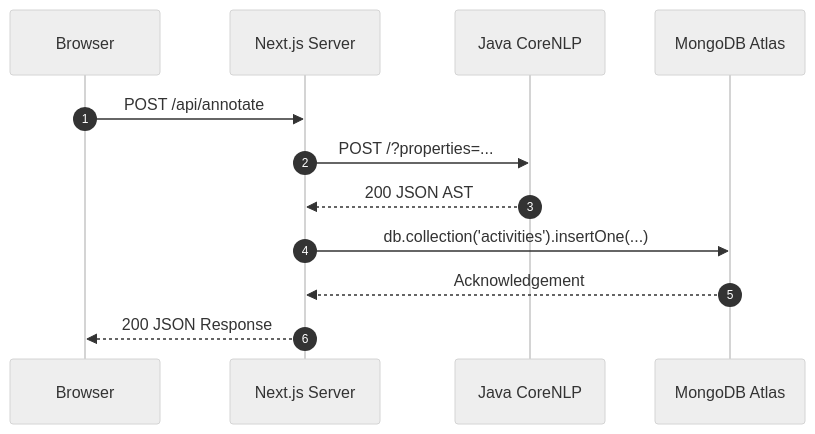
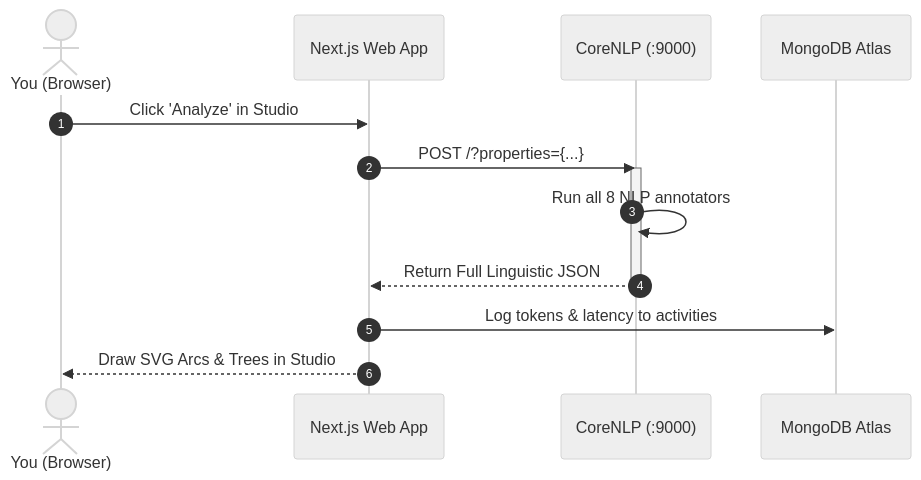
Before and after one commit to Shaik673/Textra: the fifth of 5 diagrams in README.md, drawn with Mermaid (neutral theme). The commit also changed other lines of this file, not shown here.

Commit message:
docs: streamline README with simplified human-written explanations and modern visual architecture flowcharts

````diff
--- a/README.md
+++ b/README.md
@@ -767,15 +365,17 @@
 ```mermaid
 sequenceDiagram
   autonumber
-  participant Client as Browser
-  participant NextServer as Next.js Server
-  participant CoreNLP as Java CoreNLP
-  participant MongoDB as MongoDB Atlas
+  actor User as You (Browser)
+  participant App as Next.js Web App
+  participant Engine as CoreNLP (:9000)
+  participant DB as MongoDB Atlas
 
-  Client->>NextServer: POST /api/annotate
-  NextServer->>CoreNLP: POST /?properties=...
-  CoreNLP-->>NextServer: 200 JSON AST
-  NextServer->>MongoDB: db.collection('activities').insertOne(...)
-  MongoDB-->>NextServer: Acknowledgement
-  NextServer-->>Client: 200 JSON Response
+  User->>App: Click 'Analyze' in Studio
+  App->>Engine: POST /?properties={...}
+  activate Engine
+  Engine->>Engine: Run all 8 NLP annotators
+  Engine-->>App: Return Full Linguistic JSON
+  deactivate Engine
+  App->>DB: Log tokens & latency to activities
+  App-->>User: Draw SVG Arcs & Trees in Studio
 ```
````
